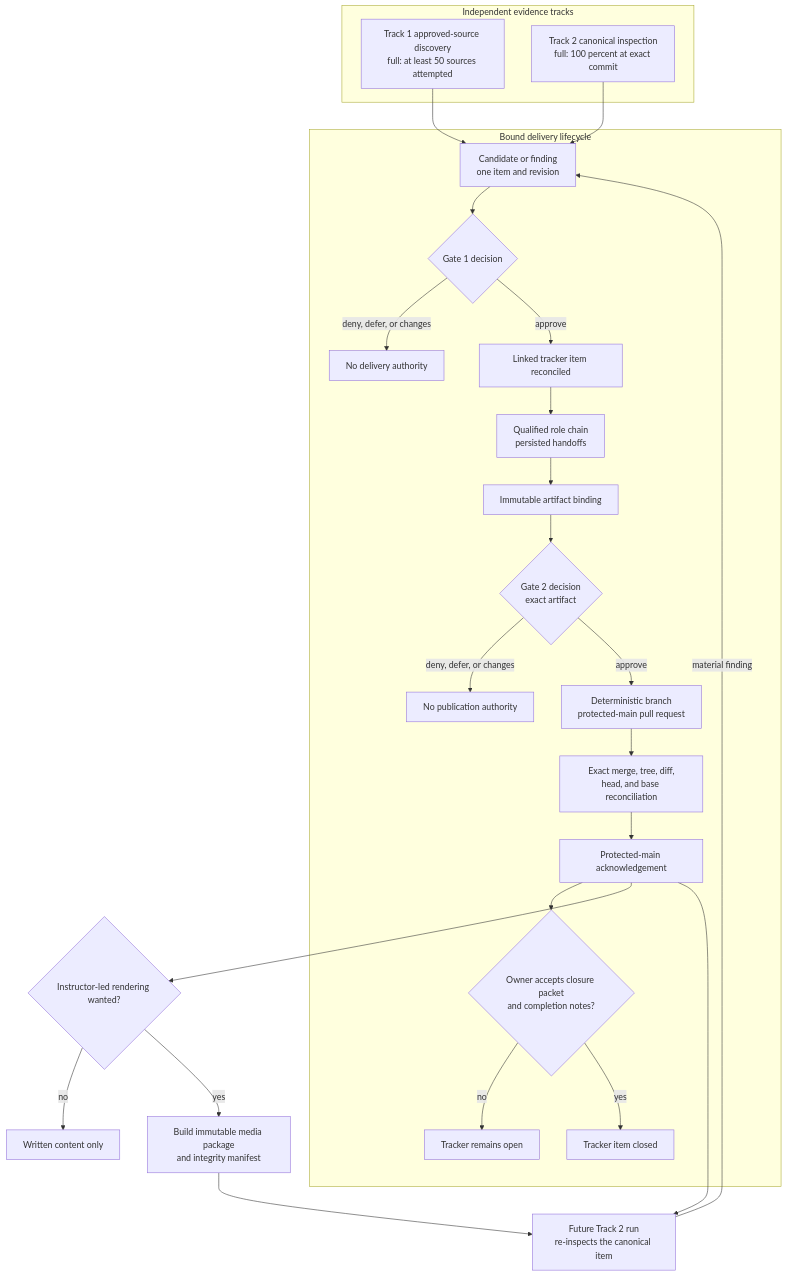
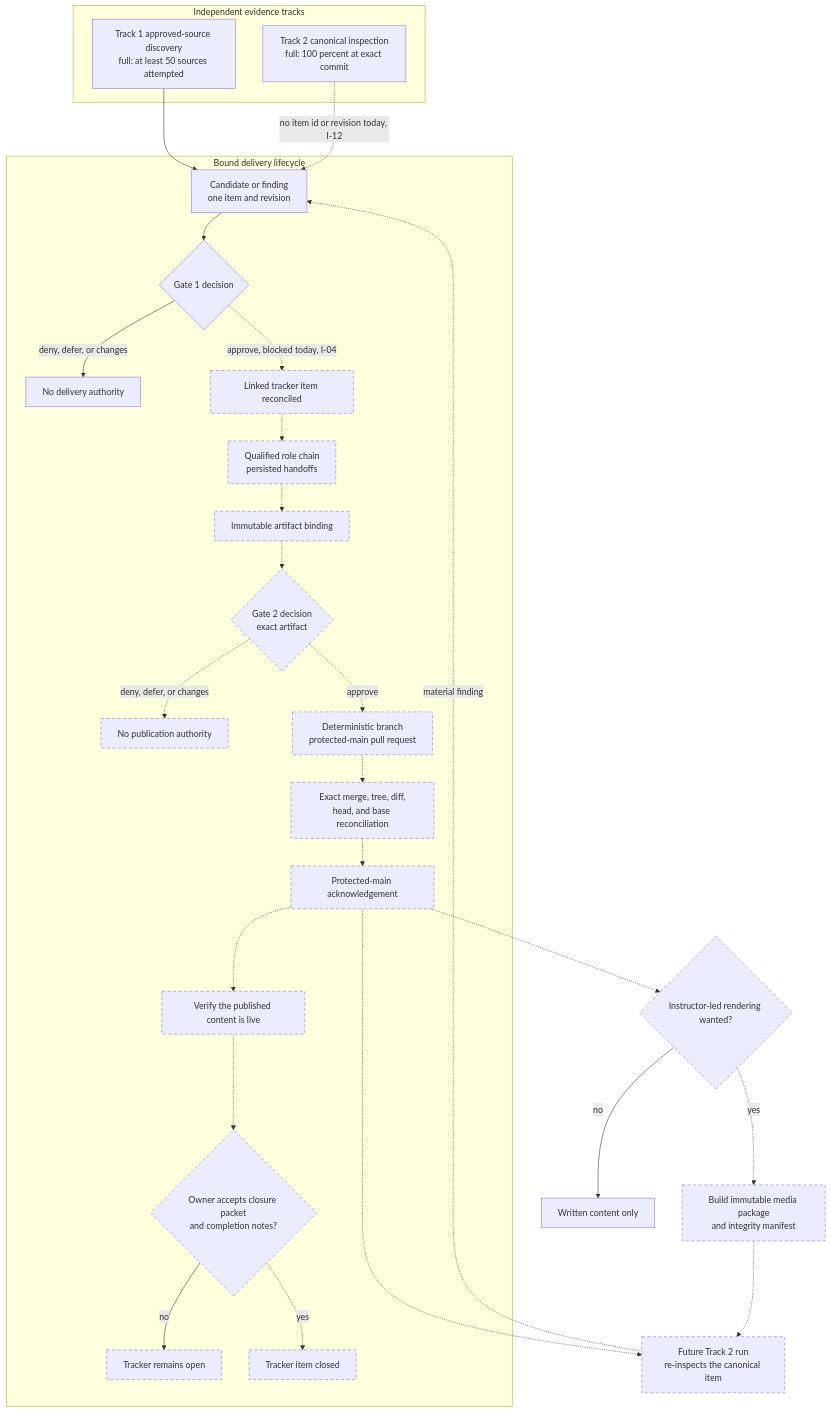
Before and after one commit to project42dev/project42-platform: the diagram in docs/orchard/lifecycle.mmd, drawn with Mermaid. The commit also changed 4 other files, not shown here.

First line of the commit message:
docs(orchard): T10 - reconcile publication terms, cutoff claims, request-intake status, batch-digest override

```diff
--- a/docs/orchard/lifecycle.mmd
+++ b/docs/orchard/lifecycle.mmd
@@ -1,32 +1,41 @@
+%% Corrected 2026-08-15 (T10). This diagram previously had no node for step
+%% 14, live verification, and drew several unbuilt edges as solid/built. Both
+%% are fixed here. See docs/orchard/lifecycle-steps.md for the per-step detail
+%% (job, script, database, table, actor, failure mode) this diagram is a
+%% visual summary of, and for the "two Mermaid diagrams" reconciliation note.
 flowchart TD
     subgraph EVIDENCE["Independent evidence tracks"]
         A1["Track 1 approved-source discovery<br/>full: at least 50 sources attempted"]
         A2["Track 2 canonical inspection<br/>full: 100 percent at exact commit"]
     end
 
     A1 --> B1["Candidate or finding<br/>one item and revision"]
-    A2 --> B1
+    A2 -.->|"no item id or revision today, I-12"| B1
 
     subgraph DELIVERY["Bound delivery lifecycle"]
         B1 --> B2{"Gate 1 decision"}
         B2 -->|deny, defer, or changes| B3["No delivery authority"]
-        B2 -->|approve| B4["Linked tracker item reconciled"]
-        B4 --> B5["Qualified role chain<br/>persisted handoffs"]
-        B5 --> B6["Immutable artifact binding"]
-        B6 --> B7{"Gate 2 decision<br/>exact artifact"}
-        B7 -->|deny, defer, or changes| B8["No publication authority"]
-        B7 -->|approve| B9["Deterministic branch<br/>protected-main pull request"]
-        B9 --> B10["Exact merge, tree, diff,<br/>head, and base reconciliation"]
-        B10 --> B11["Protected-main acknowledgement"]
-        B11 --> B12{"Owner accepts closure packet<br/>and completion notes?"}
+        B2 -.->|"approve, blocked today, I-04"| B4["Linked tracker item reconciled"]
+        B4 -.-> B5["Qualified role chain<br/>persisted handoffs"]
+        B5 -.-> B6["Immutable artifact binding"]
+        B6 -.-> B7{"Gate 2 decision<br/>exact artifact"}
+        B7 -.->|deny, defer, or changes| B8["No publication authority"]
+        B7 -.->|approve| B9["Deterministic branch<br/>protected-main pull request"]
+        B9 -.-> B10["Exact merge, tree, diff,<br/>head, and base reconciliation"]
+        B10 -.-> B11["Protected-main acknowledgement"]
+        B11 -.-> B11V["Verify the published content is live"]
+        B11V -.-> B12{"Owner accepts closure packet<br/>and completion notes?"}
         B12 -->|no| B13["Tracker remains open"]
-        B12 -->|yes| B14["Tracker item closed"]
+        B12 -.->|yes| B14["Tracker item closed"]
     end
 
-    B11 --> C1{"Instructor-led rendering wanted?"}
+    B11 -.-> C1{"Instructor-led rendering wanted?"}
     C1 -->|no| C2["Written content only"]
-    C1 -->|yes| C3["Build immutable media package<br/>and integrity manifest"]
+    C1 -.->|yes| C3["Build immutable media package<br/>and integrity manifest"]
 
-    B11 --> D1["Future Track 2 run<br/>re-inspects the canonical item"]
-    C3 --> D1
-    D1 -->|material finding| B1
+    B11 -.-> D1["Future Track 2 run<br/>re-inspects the canonical item"]
+    C3 -.-> D1
+    D1 -.->|material finding| B1
+
+    classDef notbuilt stroke-dasharray: 6 4
+    class B4,B5,B6,B7,B8,B9,B10,B11,B11V,B12,B13,B14,C1,C3,D1 notbuilt
```
